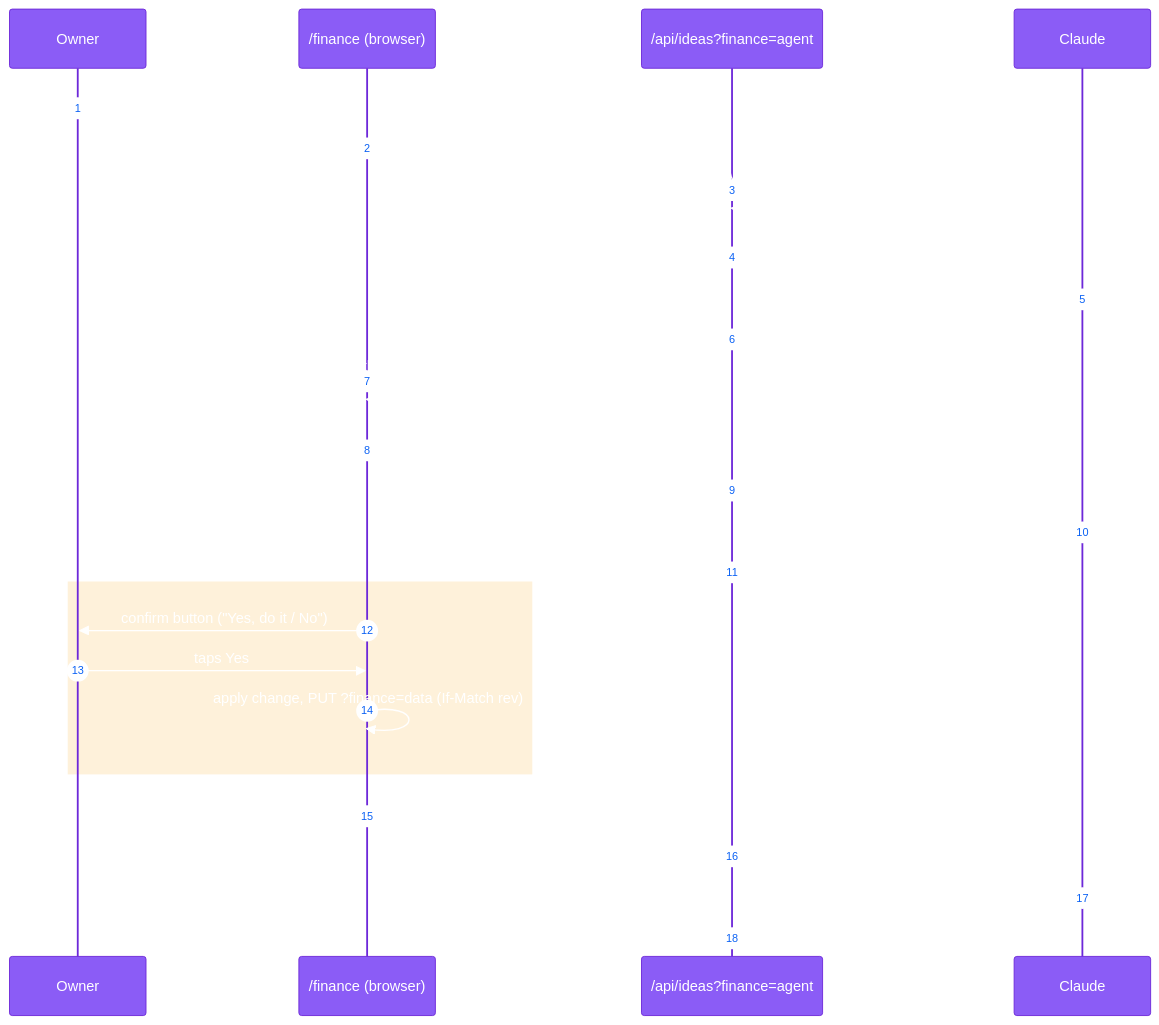
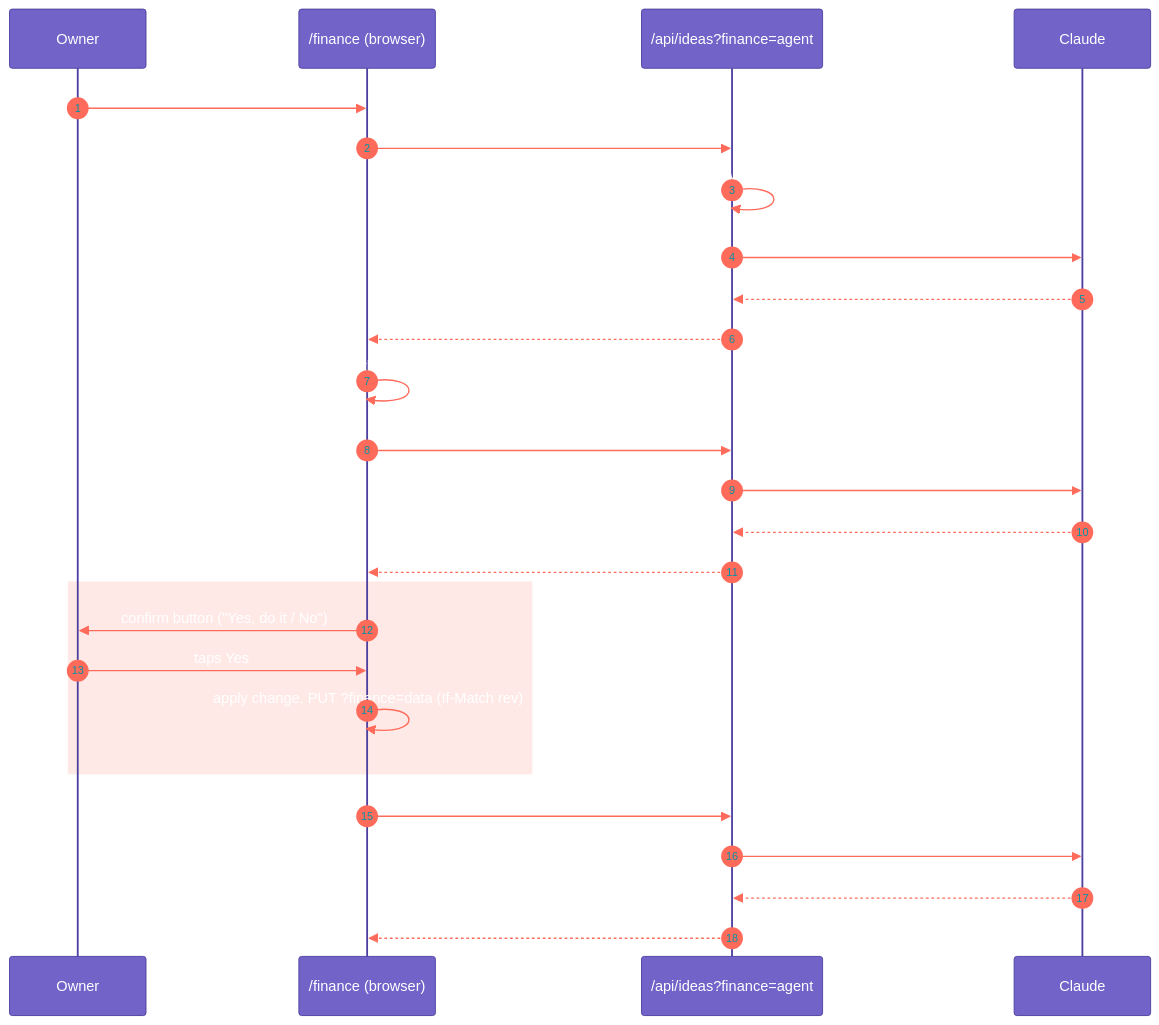
The fourth of 6 diagrams in README.md (Ahmedtarekpage/portfolio), drawn with Mermaid before and after one commit. The commit also changed other lines of this file and 20 other files, not shown here.

````diff
--- a/README.md
+++ b/README.md
@@ -837,29 +855,29 @@
 ```mermaid
-%%{init: {'theme':'base','themeVariables':{'primaryColor':'#8b5cf6','primaryTextColor':'#fff','primaryBorderColor':'#6d28d9','lineColor':'#f59e0b','secondaryColor':'#14b8a6','tertiaryColor':'#fef3c7','actorBkg':'#8b5cf6','actorTextColor':'#fff','noteBkgColor':'#fef3c7','fontFamily':'Inter'}}}%%
+%%{init: {'theme':'base','themeVariables':{'primaryColor':'#7263C9','primaryTextColor':'#ffffff','primaryBorderColor':'#4C3FA0','lineColor':'#FF6B5B','secondaryColor':'#E3E0F6','tertiaryColor':'#F4EDE0','actorBkg':'#7263C9','actorBorder':'#4C3FA0','actorTextColor':'#ffffff','signalColor':'#FF6B5B','noteBkgColor':'#F4EDE0','noteTextColor':'#14213D','fontFamily':'Inter'}}}%%
 sequenceDiagram
   autonumber
   participant U as Owner
   participant F as /finance (browser)
   participant S as /api/ideas?finance=agent
   participant C as Claude
   U->>F: "Can I afford X?" (typed or spoken)
   F->>S: start step: data snapshot + chat + lang
   S->>S: check session + AI switch in finance_state
   S->>C: system prompt (cached) + tools + messages
   C-->>S: tool_use simulate_goal
   S-->>F: assistant message
   F->>F: run simulate_goal on the local money engine
   F->>S: tool_result
   S->>C: continue
   C-->>S: tool_use record_expense / add_goal
   S-->>F: assistant message
-  rect rgba(245,158,11,0.15)
+  rect rgba(255,107,91,0.15)
   F->>U: confirm button ("Yes, do it / No")
   U->>F: taps Yes
   F->>F: apply change, PUT ?finance=data (If-Match rev)
   end
   F->>S: tool_result
   S->>C: continue
   C-->>S: end_turn + verdict (+ show_chart)
   S-->>F: final answer → rendered, optionally read aloud
 ```
````
